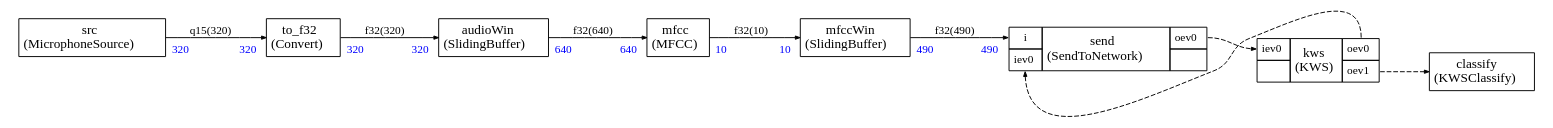
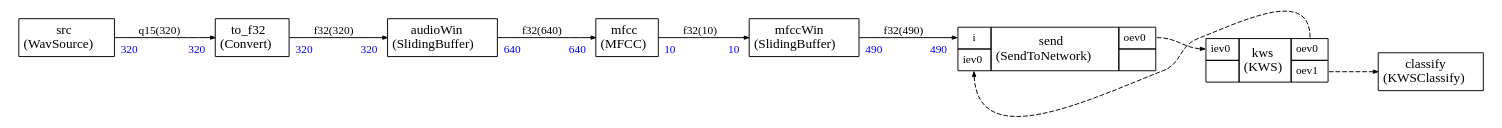
The diagram in runner_common/app_graph/app.dot (christophe0606/CMSIS-Stream-Nodes), drawn with Graphviz before and after one commit. The commit also changed 27 other files, not shown here.

```diff
--- a/runner_common/app_graph/app.dot
+++ b/runner_common/app_graph/app.dot
@@ -1,132 +1,132 @@
 
 
 
 
 
 
 digraph structs {
     bgcolor = "white"
     node [shape=plaintext,color="black",fontcolor="black",fontname="Times-Roman"]
     rankdir=LR
     edge [arrowsize="0.5",color="black",fontcolor="black",fontname="Times-Roman"]
 
 
 audioWin [label=<
 <TABLE color="black" bgcolor="none" BORDER="0" CELLBORDER="1" CELLSPACING="0" CELLPADDING="4">
   <TR>
     <TD ALIGN="CENTER" PORT="i"><FONT COLOR="black" POINT-SIZE="14.0">audioWin<BR/>(SlidingBuffer)</FONT></TD>
   </TR>
 </TABLE>>];
 
 mfcc [label=<
 <TABLE color="black" bgcolor="none" BORDER="0" CELLBORDER="1" CELLSPACING="0" CELLPADDING="4">
   <TR>
     <TD ALIGN="CENTER" PORT="i"><FONT COLOR="black" POINT-SIZE="14.0">mfcc<BR/>(MFCC)</FONT></TD>
   </TR>
 </TABLE>>];
 
 mfccWin [label=<
 <TABLE color="black" bgcolor="none" BORDER="0" CELLBORDER="1" CELLSPACING="0" CELLPADDING="4">
   <TR>
     <TD ALIGN="CENTER" PORT="i"><FONT COLOR="black" POINT-SIZE="14.0">mfccWin<BR/>(SlidingBuffer)</FONT></TD>
   </TR>
 </TABLE>>];
 
 
 send [label=<
 <TABLE color="black" bgcolor="none" BORDER="0" CELLBORDER="1" CELLSPACING="0" CELLPADDING="4">
   <TR>
     <TD PORT="i"><FONT POINT-SIZE="12.0" COLOR="black">i</FONT></TD>
     <TD ALIGN="CENTER" ROWSPAN="2"><FONT COLOR="black" POINT-SIZE="14.0">send<BR/>(SendToNetwork)</FONT></TD>
     <TD PORT="oev0"><FONT POINT-SIZE="12.0" COLOR="black">oev0</FONT></TD>
   </TR>
 <TR>
 <TD PORT="iev0"><FONT POINT-SIZE="12.0" COLOR="black">iev0</FONT></TD>
 
  
 <TD></TD></TR>
 
 </TABLE>>];
 
 src [label=<
 <TABLE color="black" bgcolor="none" BORDER="0" CELLBORDER="1" CELLSPACING="0" CELLPADDING="4">
   <TR>
-    <TD ALIGN="CENTER" PORT="i"><FONT COLOR="black" POINT-SIZE="14.0">src<BR/>(MicrophoneSource)</FONT></TD>
+    <TD ALIGN="CENTER" PORT="i"><FONT COLOR="black" POINT-SIZE="14.0">src<BR/>(WavSource)</FONT></TD>
   </TR>
 </TABLE>>];
 
 to_f32 [label=<
 <TABLE color="black" bgcolor="none" BORDER="0" CELLBORDER="1" CELLSPACING="0" CELLPADDING="4">
   <TR>
     <TD ALIGN="CENTER" PORT="i"><FONT COLOR="black" POINT-SIZE="14.0">to_f32<BR/>(Convert)</FONT></TD>
   </TR>
 </TABLE>>];
 
 classify [label=<
 <TABLE color="black" bgcolor="none" BORDER="0" CELLBORDER="1" CELLSPACING="0" CELLPADDING="4">
   <TR>
     <TD ALIGN="CENTER" PORT="i"><FONT COLOR="black" POINT-SIZE="14.0">classify<BR/>(KWSClassify)</FONT></TD>
   </TR>
 </TABLE>>];
 
 
 kws [label=<
 <TABLE color="black" bgcolor="none" BORDER="0" CELLBORDER="1" CELLSPACING="0" CELLPADDING="4">
   <TR>
     <TD PORT="iev0"><FONT POINT-SIZE="12.0" COLOR="black">iev0</FONT></TD>
     <TD ALIGN="CENTER" ROWSPAN="2"><FONT COLOR="black" POINT-SIZE="14.0">kws<BR/>(KWS)</FONT></TD>
     <TD PORT="oev0"><FONT POINT-SIZE="12.0" COLOR="black">oev0</FONT></TD>
   </TR>
 <TR>
  
 <TD></TD>
 <TD PORT="oev1"><FONT POINT-SIZE="12.0" COLOR="black">oev1</FONT></TD>
 </TR>
 
 </TABLE>>];
 
 
 
 src:i -> to_f32:i [style="solid",color="black",fontsize="12.0",fontcolor="black",label=<q15(320)>
 ,headlabel=<<TABLE BORDER="0" CELLPADDING="4"><TR><TD><FONT COLOR="blue" POINT-SIZE="12.0" >320</FONT>
 </TD></TR></TABLE>>
 ,taillabel=<<TABLE BORDER="0" CELLPADDING="4"><TR><TD><FONT COLOR="blue" POINT-SIZE="12.0" >320</FONT>
 </TD></TR></TABLE>>]
 
 to_f32:i -> audioWin:i [style="solid",color="black",fontsize="12.0",fontcolor="black",label=<f32(320)>
 ,headlabel=<<TABLE BORDER="0" CELLPADDING="4"><TR><TD><FONT COLOR="blue" POINT-SIZE="12.0" >320</FONT>
 </TD></TR></TABLE>>
 ,taillabel=<<TABLE BORDER="0" CELLPADDING="4"><TR><TD><FONT COLOR="blue" POINT-SIZE="12.0" >320</FONT>
 </TD></TR></TABLE>>]
 
 audioWin:i -> mfcc:i [style="solid",color="black",fontsize="12.0",fontcolor="black",label=<f32(640)>
 ,headlabel=<<TABLE BORDER="0" CELLPADDING="4"><TR><TD><FONT COLOR="blue" POINT-SIZE="12.0" >640</FONT>
 </TD></TR></TABLE>>
 ,taillabel=<<TABLE BORDER="0" CELLPADDING="4"><TR><TD><FONT COLOR="blue" POINT-SIZE="12.0" >640</FONT>
 </TD></TR></TABLE>>]
 
 mfcc:i -> mfccWin:i [style="solid",color="black",fontsize="12.0",fontcolor="black",label=<f32(10)>
 ,headlabel=<<TABLE BORDER="0" CELLPADDING="4"><TR><TD><FONT COLOR="blue" POINT-SIZE="12.0" >10</FONT>
 </TD></TR></TABLE>>
 ,taillabel=<<TABLE BORDER="0" CELLPADDING="4"><TR><TD><FONT COLOR="blue" POINT-SIZE="12.0" >10</FONT>
 </TD></TR></TABLE>>]
 
 mfccWin:i -> send:i [style="solid",color="black",fontsize="12.0",fontcolor="black",label=<f32(490)>
 ,headlabel=<<TABLE BORDER="0" CELLPADDING="4"><TR><TD><FONT COLOR="blue" POINT-SIZE="12.0" >490</FONT>
 </TD></TR></TABLE>>
 ,taillabel=<<TABLE BORDER="0" CELLPADDING="4"><TR><TD><FONT COLOR="blue" POINT-SIZE="12.0" >490</FONT>
 </TD></TR></TABLE>>]
 
 
 
 send:oev0 -> kws:iev0 [style="dashed",color="black",fontsize="12.0",fontcolor="black",label=<>
 
 ]
 kws:oev0 -> send:iev0 [style="dashed",color="black",fontsize="12.0",fontcolor="black",label=<>
 
 ]
 kws:oev1 -> classify:i [style="dashed",color="black",fontsize="12.0",fontcolor="black",label=<>
 
 ]
 
 }
```
